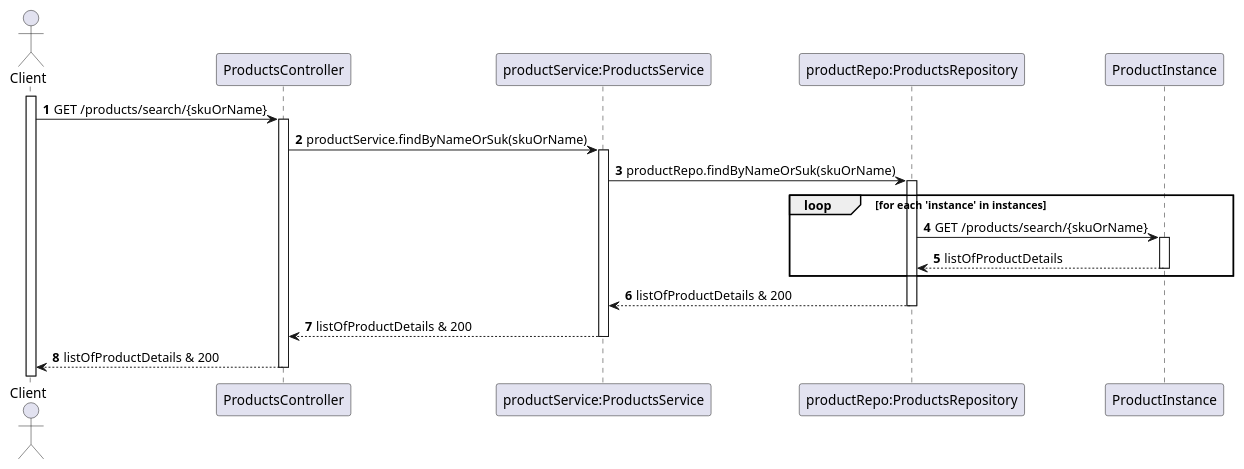
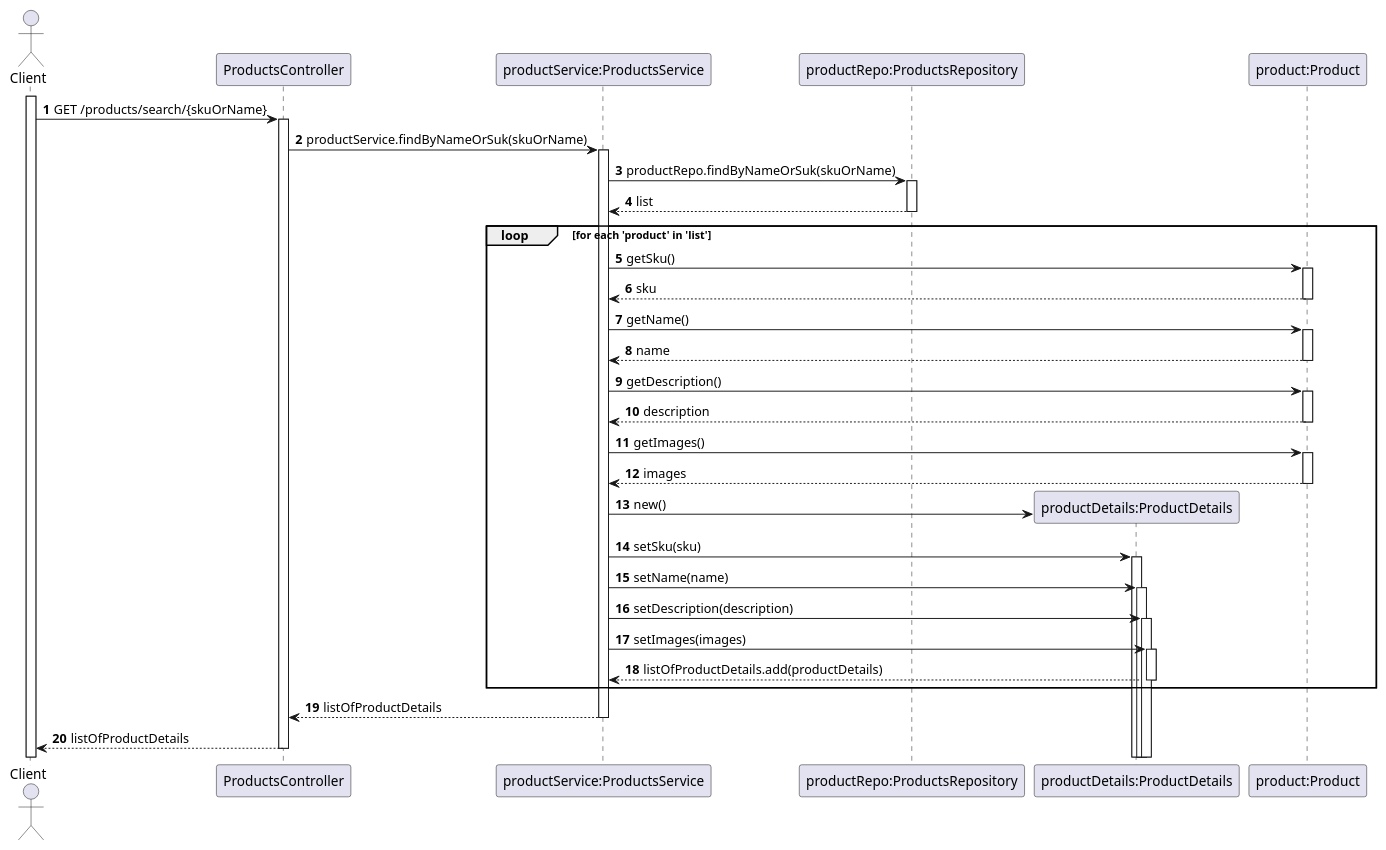
The diagram in Docs/US03-SD.puml (TiagoNora/SIDIS-Docs), drawn with PlantUML before and after one commit. The commit also changed 11 other files, not shown here.

```diff
--- a/Docs/US03-SD.puml
+++ b/Docs/US03-SD.puml
@@ -1,28 +1,41 @@
 @startuml
 'https://plantuml.com/sequence-diagram
 
 
 autoactivate on
 autonumber
 
 actor "Client" as client
 participant "ProductsController" as controller
 participant "productService:ProductsService" as service
 participant "productRepo:ProductsRepository" as repository
-participant "ProductInstance" as instance
+participant "productDetails:ProductDetails" as details
+participant "product:Product" as product
 
 activate client
 
 client -> controller: GET /products/search/{skuOrName}
 controller -> service : productService.findByNameOrSuk(skuOrName)
 service -> repository: productRepo.findByNameOrSuk(skuOrName)
-loop for each 'instance' in instances
- repository -> instance : GET /products/search/{skuOrName}
- instance --> repository: listOfProductDetails
+repository --> service: list
+loop for each 'product' in 'list'
+    service -> product: getSku()
+    product --> service: sku
+    service -> product: getName()
+    product --> service: name
+    service -> product: getDescription()
+    product --> service: description
+    service -> product: getImages()
+    product --> service: images
+    service -> details**: new()
+    service -> details: setSku(sku)
+    service -> details: setName(name)
+    service -> details: setDescription(description)
+    service -> details: setImages(images)
+    details --> service: listOfProductDetails.add(productDetails)
 end loop
-repository --> service: listOfProductDetails & 200
-service --> controller: listOfProductDetails & 200
-controller --> client: listOfProductDetails & 200
+service --> controller: listOfProductDetails
+controller --> client: listOfProductDetails
 
 
 @enduml
```
